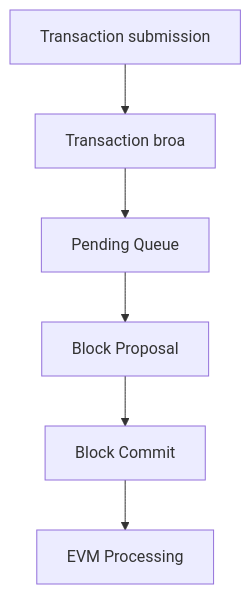
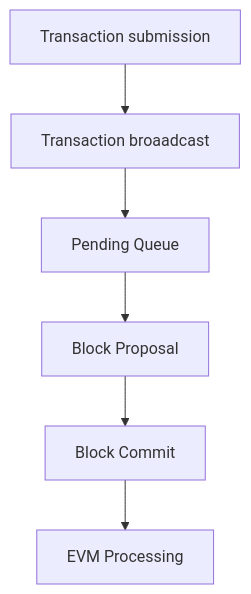
The first of 2 diagrams in components/technology/modules/ROOT/pages/consensus-spec.adoc (twizzworld/docs.skale.network), drawn with Mermaid before and after one commit.

````diff
--- a/components/technology/modules/ROOT/pages/consensus-spec.adoc
+++ b/components/technology/modules/ROOT/pages/consensus-spec.adoc
@@ -21,4 +21,4 @@
 ```mermaid
 flowchart TD
-    b0[Transaction submission] --> b1[Transaction broa] --> b2[Pending Queue] --> b3[Block Proposal] --> b4[Block Commit] --> b5[EVM Processing]
+    b0[Transaction submission] --> b1[Transaction broaadcast] --> b2[Pending Queue] --> b3[Block Proposal] --> b4[Block Commit] --> b5[EVM Processing]
 ```
````
